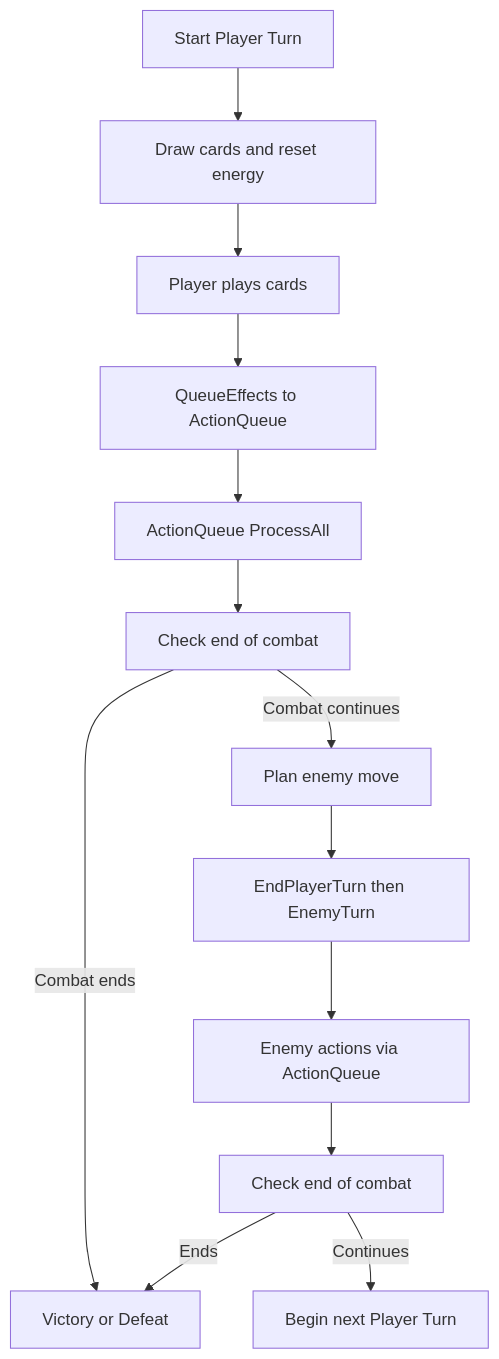
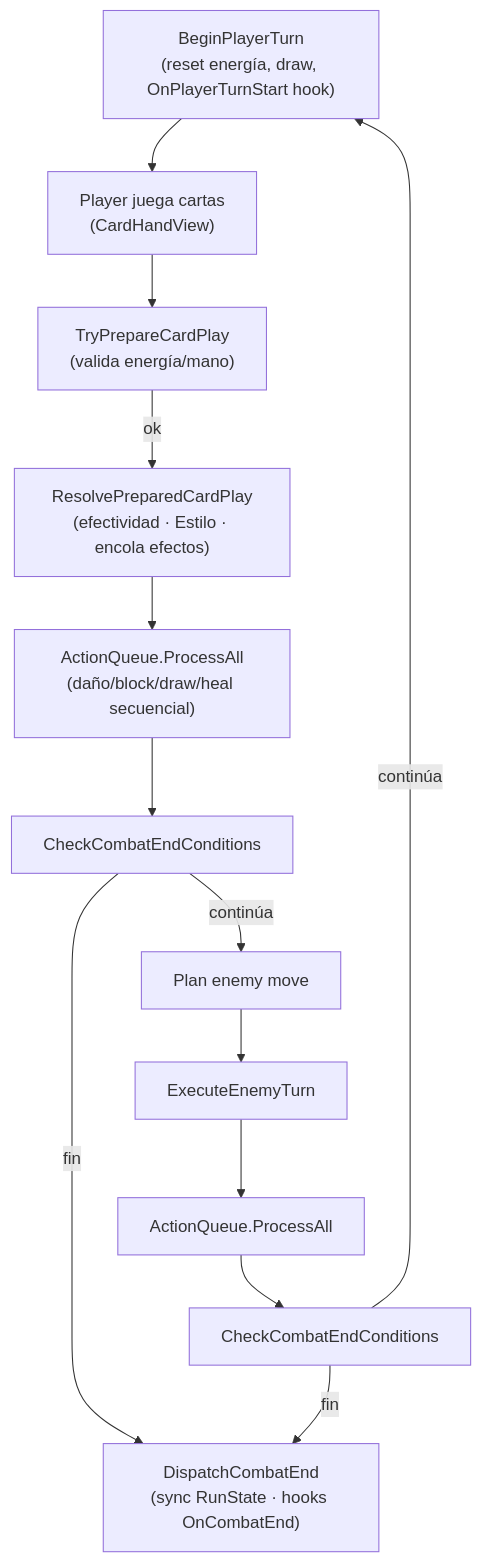
Before and after one commit to SebasMedina22/RoguelikeCardBattler: the first of 2 diagrams in Docs/dev/COMBAT_ARCHITECTURE.md, drawn with Mermaid. The commit also changed other lines of this file and 5 other files, not shown here.

First line of the commit message:
docs(combat): docs paquete (i) — Momentum → Estilo (SUB-PR 3) (#116)

````diff
--- a/Docs/dev/COMBAT_ARCHITECTURE.md
+++ b/Docs/dev/COMBAT_ARCHITECTURE.md
@@ -14,15 +110,15 @@
 ```mermaid
 flowchart TD
-    A["Start Player Turn"] --> B["Draw cards and reset energy"]
-    B --> C["Player plays cards"]
-    C --> D["QueueEffects to ActionQueue"]
-    D --> E["ActionQueue ProcessAll"]
-    E --> F["Check end of combat"]
-    F -->|Combat ends| G["Victory or Defeat"]
-    F -->|Combat continues| H["Plan enemy move"]
-    H --> I["EndPlayerTurn then EnemyTurn"]
-    I --> J["Enemy actions via ActionQueue"]
-    J --> K["Check end of combat"]
-    K -->|Ends| G
-    K -->|Continues| L["Begin next Player Turn"]
+    A["BeginPlayerTurn\n(reset energía, draw, OnPlayerTurnStart hook)"] --> B["Player juega cartas\n(CardHandView)"]
+    B --> C["TryPrepareCardPlay\n(valida energía/mano)"]
+    C -->|ok| D["ResolvePreparedCardPlay\n(efectividad · Estilo · encola efectos)"]
+    D --> E["ActionQueue.ProcessAll\n(daño/block/draw/heal secuencial)"]
+    E --> F["CheckCombatEndConditions"]
+    F -->|fin| G["DispatchCombatEnd\n(sync RunState · hooks OnCombatEnd)"]
+    F -->|continúa| H["Plan enemy move"]
+    H --> I["ExecuteEnemyTurn"]
+    I --> J["ActionQueue.ProcessAll"]
+    J --> K["CheckCombatEndConditions"]
+    K -->|fin| G
+    K -->|continúa| A
 ```
````
